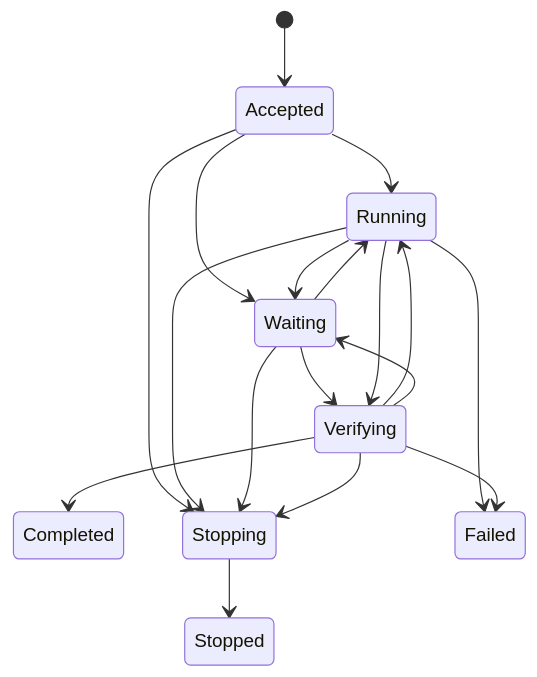
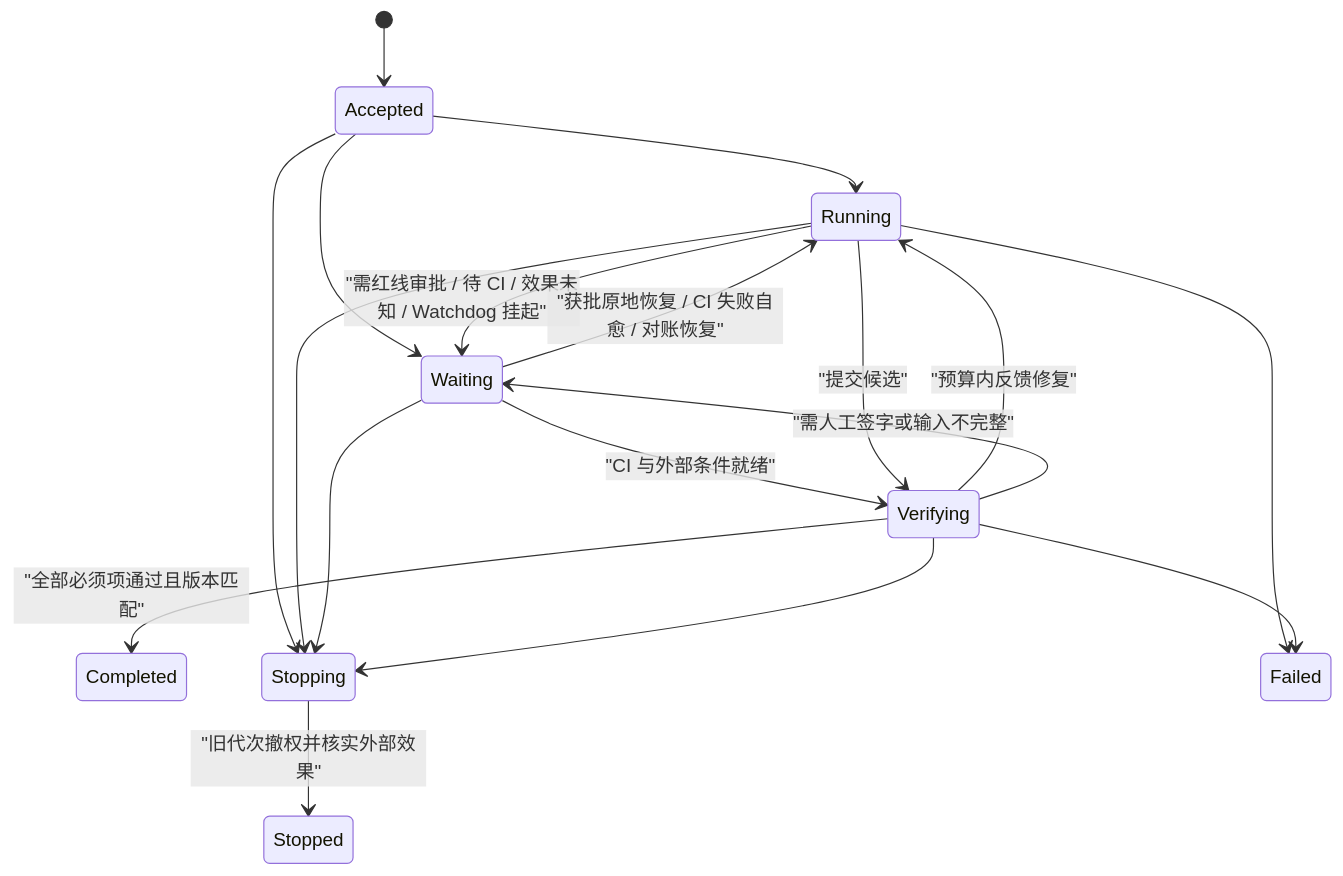
The second of 2 diagrams in docs/domain-model.md (chiga0/timo), drawn with Mermaid before and after one commit. The commit also changed other lines of this file and 9 other files, not shown here.

````diff
--- a/docs/domain-model.md
+++ b/docs/domain-model.md
@@ -38,20 +47,20 @@
 ```mermaid
 stateDiagram-v2
     [*] --> Accepted
     Accepted --> Running
     Accepted --> Waiting
-    Running --> Waiting
-    Waiting --> Running
-    Waiting --> Verifying
-    Running --> Verifying
-    Verifying --> Completed
-    Verifying --> Running
-    Verifying --> Waiting
+    Running --> Waiting : "需红线审批 / 待 CI / 效果未知 / Watchdog 挂起"
+    Waiting --> Running : "获批原地恢复 / CI 失败自愈 / 对账恢复"
+    Waiting --> Verifying : "CI 与外部条件就绪"
+    Running --> Verifying : "提交候选"
+    Verifying --> Completed : "全部必须项通过且版本匹配"
+    Verifying --> Running : "预算内反馈修复"
+    Verifying --> Waiting : "需人工签字或输入不完整"
     Accepted --> Stopping
     Running --> Stopping
     Waiting --> Stopping
     Verifying --> Stopping
-    Stopping --> Stopped
+    Stopping --> Stopped : "旧代次撤权并核实外部效果"
     Running --> Failed
     Verifying --> Failed
 ```
````
